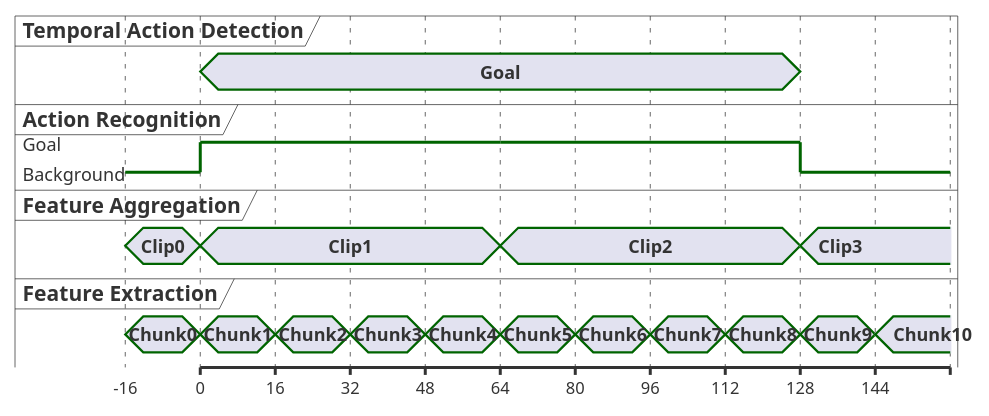
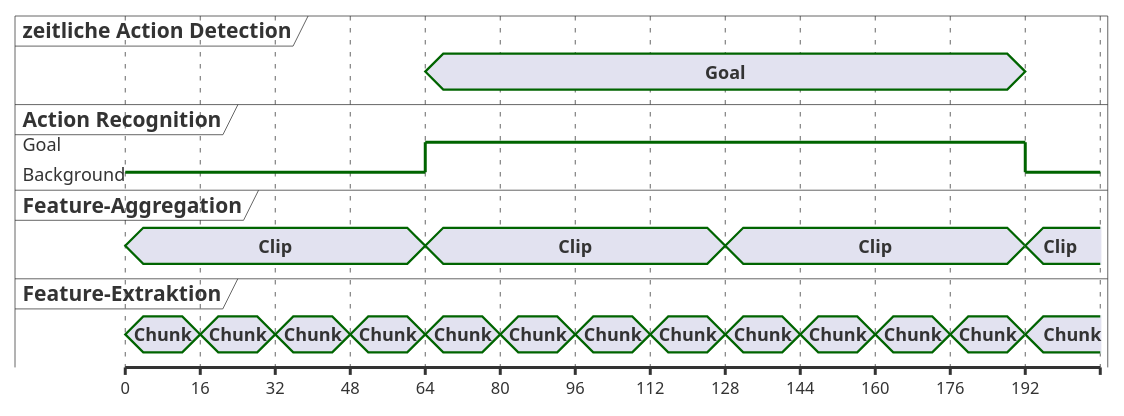
Before and after one commit to simnado/Master-Thesis: the diagram in fig/problems.puml, drawn with PlantUML. The commit also changed 9 other files, not shown here.

```diff
--- a/fig/problems.puml
+++ b/fig/problems.puml
@@ -1,53 +1,64 @@
 @startuml
 
 
-concise "Temporal Action Detection" as AD
+concise "zeitliche Action Detection" as AD
 robust "Action Recognition" as AR
-concise "Feature Aggregation" as FA
-concise "Feature Extraction" as FE
+concise "Feature-Aggregation" as FA
+concise "Feature-Extraktion" as FE
 
-@-16
-FE is Chunk0
-FA is Clip0
+
+
+
+@0
+FE is Chunk
+FA is Clip
 AR is Background
 AD is {hidden}
 
 
-@0
-FE is Chunk1
-FA is Clip1
-AR is Goal
-AD is Goal
-
 @16
-FE is Chunk2
+FE is Chunk
 
 @32
-FE is Chunk3
+FE is Chunk
 
 @48
-FE is Chunk4
+FE is Chunk
 
 @64
-FE is Chunk5
-FA is Clip2
+AD is Goal
+FE is Chunk
+FA is Clip
 AR is Goal
 
 @80
-FE is Chunk6
+FE is Chunk
 
 @96
-FE is Chunk7
+FE is Chunk
 
 @112
-FE is Chunk8
+FE is Chunk
 
 @128
-FE is Chunk9
-FA is Clip3
+FE is Chunk
+FA is Clip
+
+@144
+FE is Chunk
+
+@160
+FE is Chunk
+
+@176
+FE is Chunk
+
+@192
+FE is Chunk
+FA is Clip
 AR is Background
 AD is {hidden}
 
-@144
-FE is Chunk10
+
+
 @enduml
```
